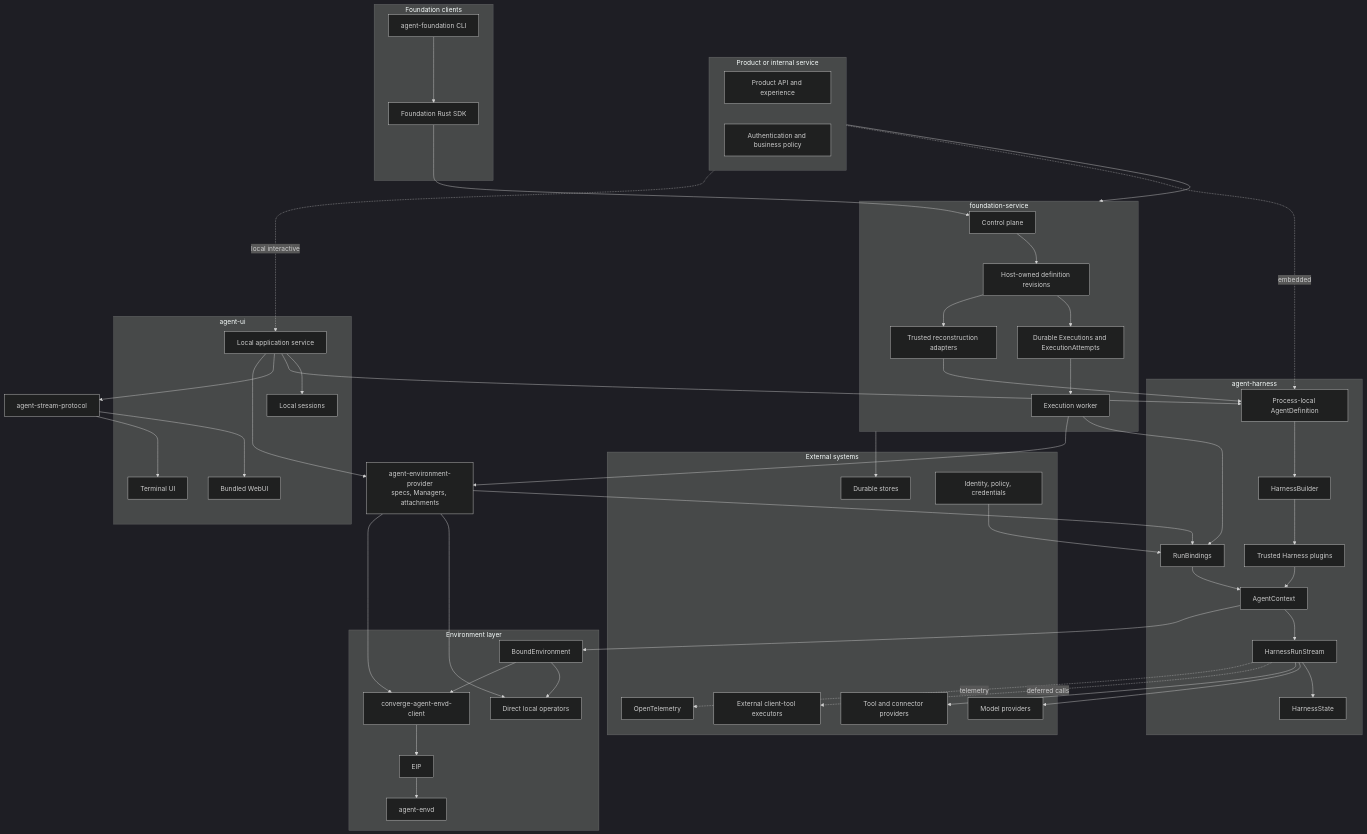
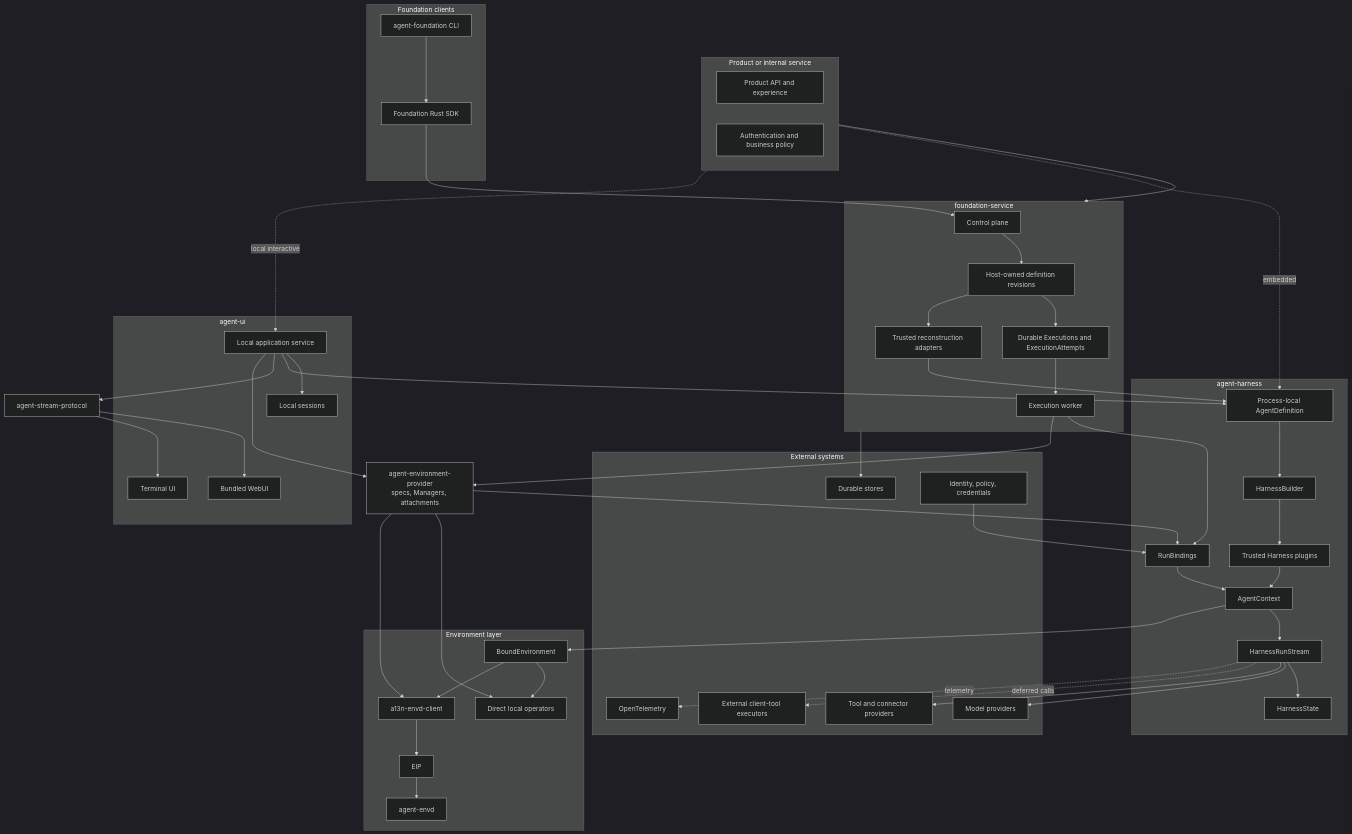
The first of 4 diagrams in spec/README.md (LTThreeComma/agent-foundation), drawn with Mermaid (dark theme) before and after one commit. The commit also changed other lines of this file and 563 other files, not shown here.

````diff
--- a/spec/README.md
+++ b/spec/README.md
@@ -23,81 +23,81 @@
 ```mermaid
 flowchart TB
     subgraph Product[Product or internal service]
         API[Product API and experience]
         Policy[Authentication and business policy]
     end
 
     subgraph Service[foundation-service]
         Control[Control plane]
         Definitions[Host-owned definition revisions]
         Lifecycle[Durable Executions and ExecutionAttempts]
         Worker[Execution worker]
         Reconstruct[Trusted reconstruction adapters]
     end
 
     subgraph LocalUI[agent-ui]
         AppService[Local application service]
         Sessions[Local sessions]
         WebUI[Bundled WebUI]
         TUI[Terminal UI]
     end
 
     subgraph FoundationClients[Foundation clients]
         FoundationCLI[agent-foundation CLI]
         RustSDK[Foundation Rust SDK]
     end
 
     subgraph Harness[agent-harness]
         Definition[Process-local AgentDefinition]
         Builder[HarnessBuilder]
         Plugins[Trusted Harness plugins]
         Bindings[RunBindings]
         Context[AgentContext]
         Run[HarnessRunStream]
         State[HarnessState]
     end
 
     StreamProtocol[agent-stream-protocol]
     ProviderPackage[agent-environment-provider<br/>specs, Managers, attachments]
 
     subgraph Environment[Environment layer]
         Bound[BoundEnvironment]
         Local[Direct local operators]
-        EIPClient[converge-agent-envd-client]
+        EIPClient[a13n-envd-client]
         EIP[EIP]
         Envd[agent-envd]
     end
 
     subgraph External[External systems]
         Models[Model providers]
         Tools[Tool and connector providers]
         Stores[Durable stores]
         Identity[Identity, policy, credentials]
         Clients[External client-tool executors]
         OTel[OpenTelemetry]
     end
 
     Product --> Service
     FoundationCLI --> RustSDK --> Control
     Product -. embedded .-> Definition
     Product -. local interactive .-> AppService
     AppService --> Sessions
     AppService --> Definition
     AppService --> StreamProtocol --> WebUI & TUI
     Control --> Definitions --> Lifecycle --> Worker
     Definitions --> Reconstruct --> Definition
     Definition --> Builder --> Plugins
     Worker --> Bindings
     Identity --> Bindings
     Plugins & Bindings --> Context --> Run --> State
     Run --> Models & Tools
     Run -. deferred calls .-> Clients
     Worker & AppService --> ProviderPackage
     ProviderPackage --> Local & EIPClient
     ProviderPackage --> Bindings
     Context --> Bound
     Bound --> Local
     Bound --> EIPClient --> EIP --> Envd
     Service --> Stores
     Run -. telemetry .-> OTel
 ```
````
